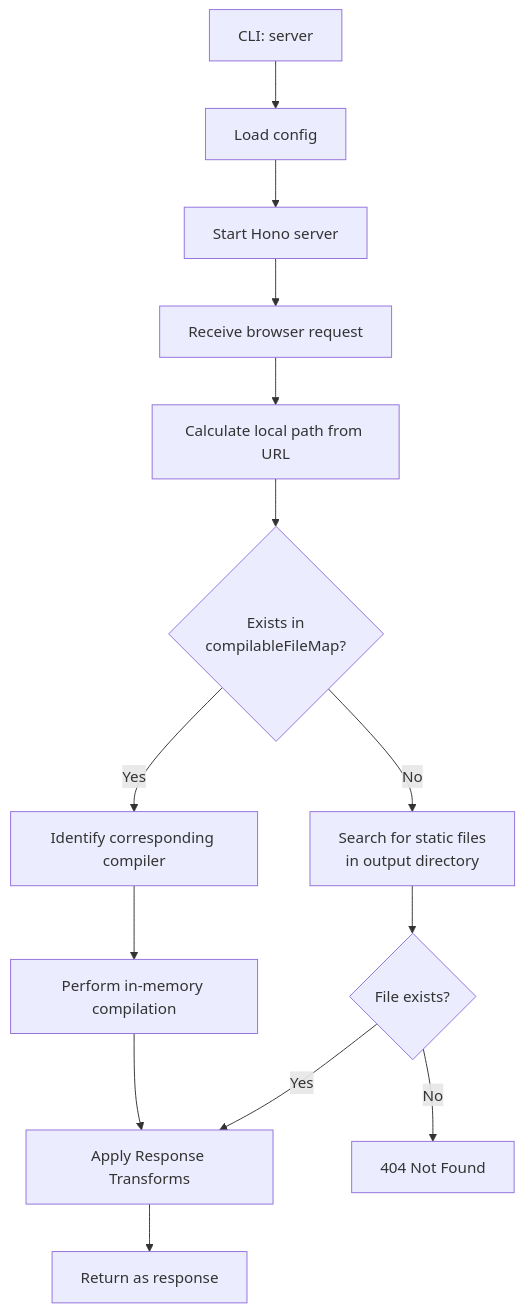
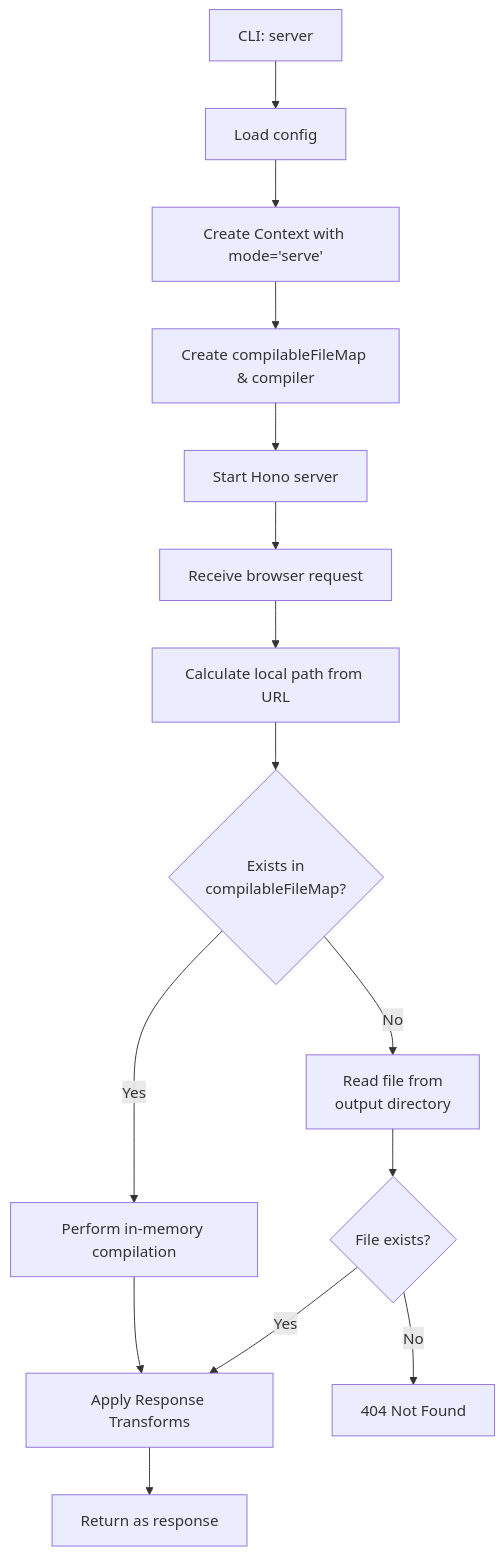
One commit to d-zero-dev/kamado changed the second of 2 diagrams in packages/kamado/ARCHITECTURE.md. Above: the diagram before and after it, drawn with Mermaid. The commit also changed other lines of this file and 1 other file, not shown here.

First line of the commit message:
docs(kamado): update flow diagrams and add pageList hook documentation

````diff
--- a/packages/kamado/ARCHITECTURE.md
+++ b/packages/kamado/ARCHITECTURE.md
@@ -194,16 +196,17 @@
 ```mermaid
 graph TD
     A[CLI: server] --> B[Load config]
-    B --> C[Start Hono server]
-    C --> D[Receive browser request]
+    B --> B2[Create Context with mode='serve']
+    B2 --> C[Create compilableFileMap & compiler]
+    C --> C2[Start Hono server]
+    C2 --> D[Receive browser request]
     D --> E[Calculate local path from URL]
     E --> F{Exists in<br>compilableFileMap?}
-    F -- Yes --> G[Identify corresponding compiler]
-    G --> H[Perform in-memory compilation]
+    F -- Yes --> H[Perform in-memory compilation]
     H --> I[Apply Response Transforms]
     I --> J[Return as response]
-    F -- No --> K[Search for static files<br>in output directory]
+    F -- No --> K[Read file from<br>output directory]
     K --> L{File exists?}
     L -- Yes --> I
     L -- No --> M[404 Not Found]
 ```
````
